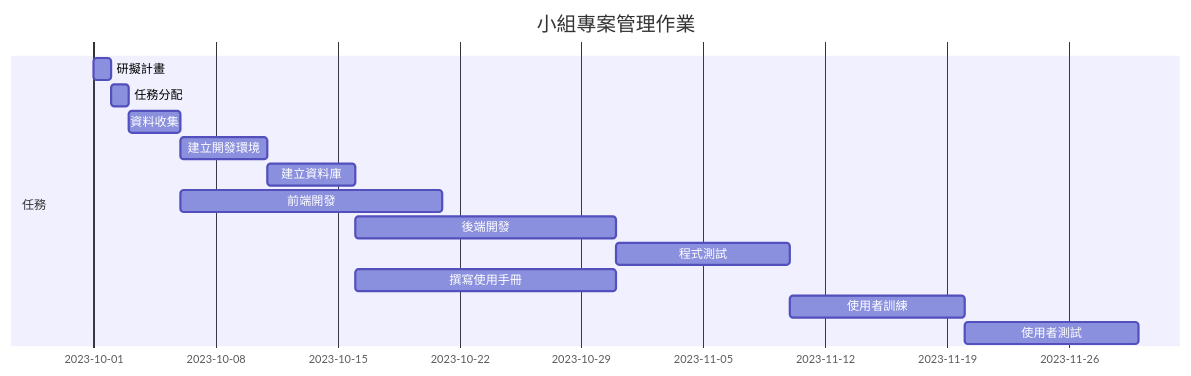
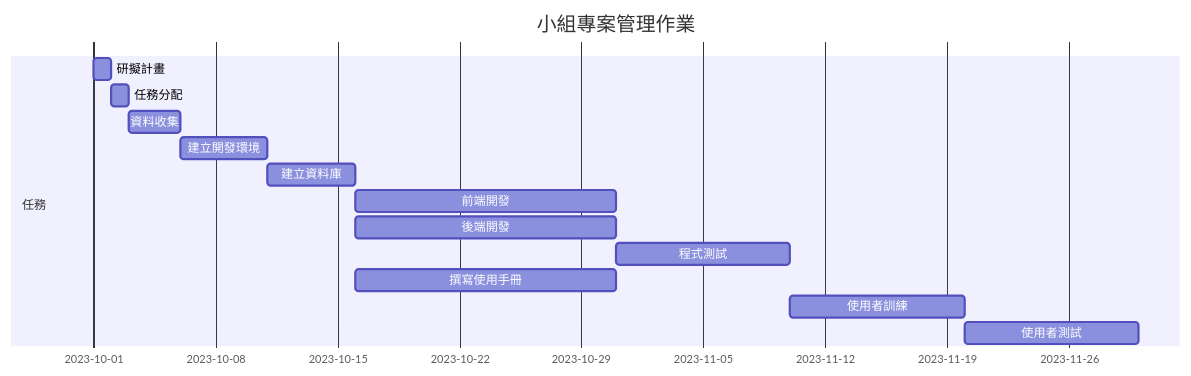
One commit to Xuan730/T5 changed the diagram in group-hw2.md. Above: the diagram before and after it, drawn with Mermaid.

````diff
--- a/group-hw2.md
+++ b/group-hw2.md
@@ -5,17 +5,17 @@
 ```mermaid
 gantt
     title 小組專案管理作業
 
     section 任務
     研擬計畫 :a1, 2023-10-01, 1d
     任務分配 :a2, after a1, 1d
     資料收集 :a3, after a2 , 3d
     建立開發環境 :a4, after a3, 5d
     建立資料庫 :a5, after a4, 5d
-    前端開發:a6,after a3, 15d
+    前端開發:a6,after a5, 15d
     後端開發:a7, after a5, 15d
     程式測試 :a8, after a7, 10d
     撰寫使用手冊 :a9, after a5, 15d
     使用者訓練 :a10, after a8, 10d
     使用者測試 : a11, after a10, 10d
 ```
````
